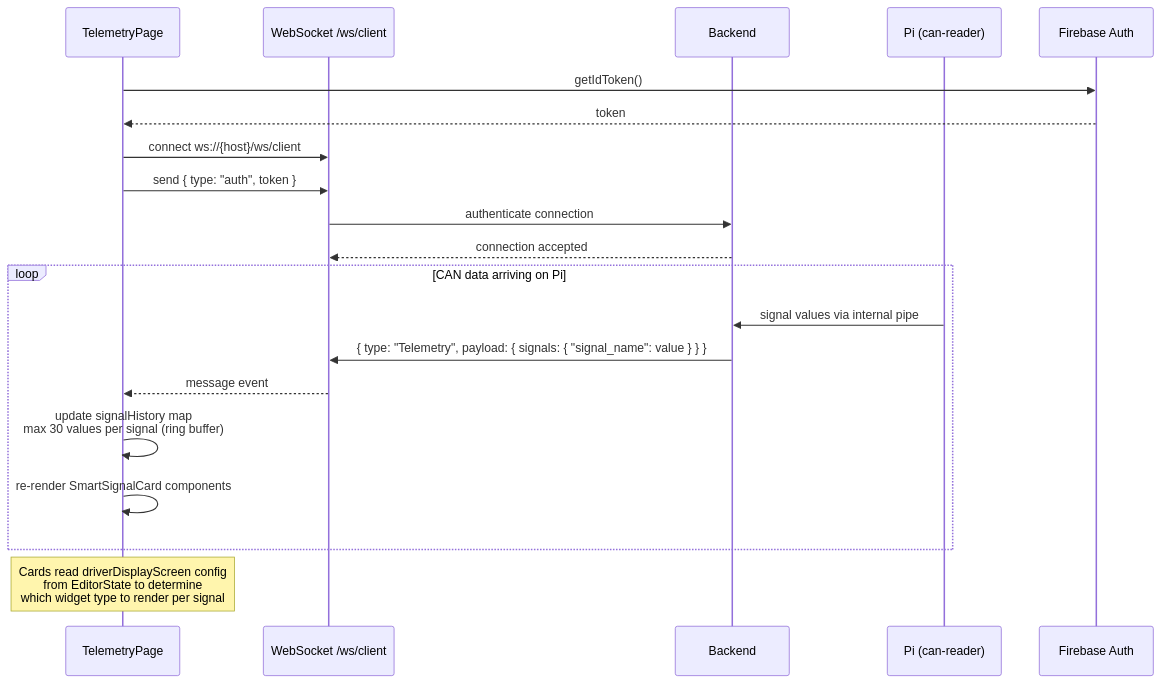
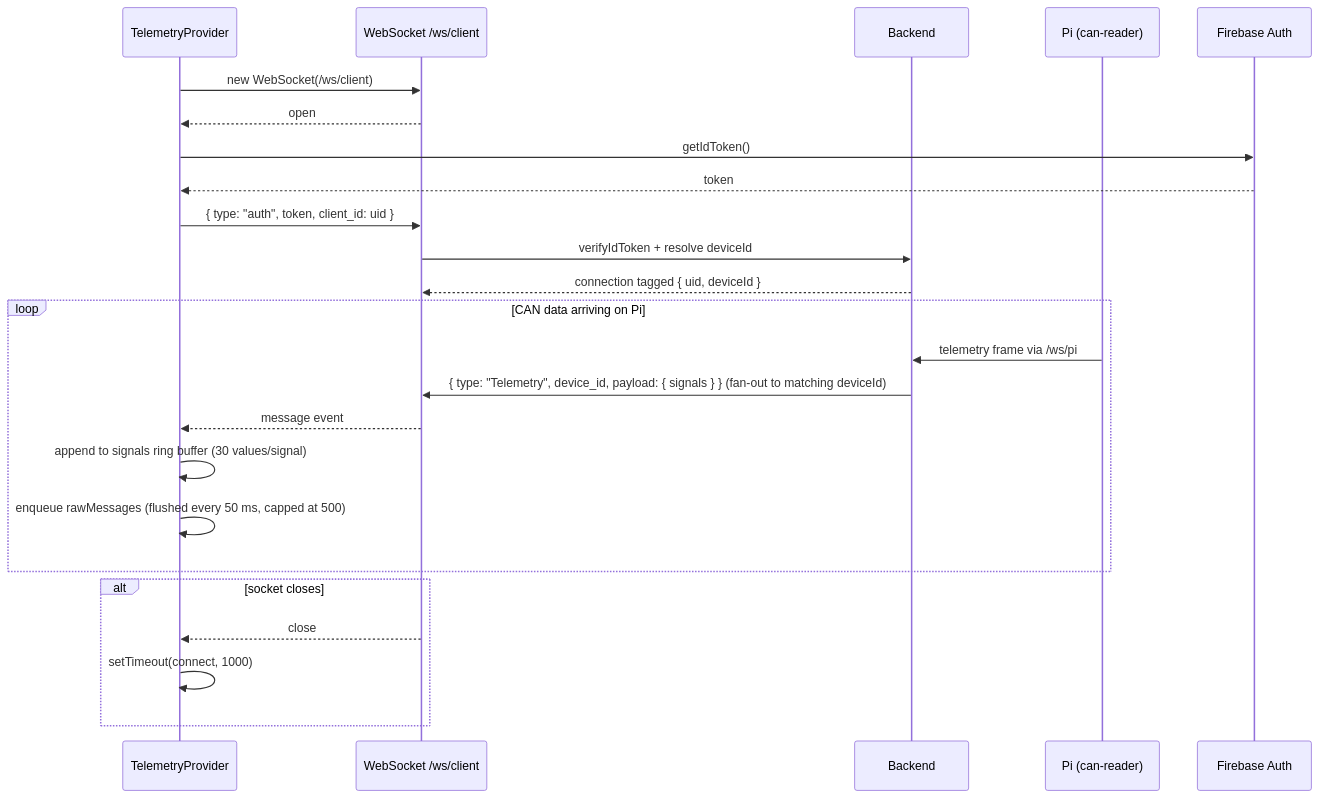
One commit to evilspoon13/track-web changed the fifth of 11 diagrams in documentation/data-flows.md. Above: the diagram before and after it, drawn with Mermaid. The commit also changed other lines of this file and 36 other files, not shown here.

````diff
--- a/documentation/data-flows.md
+++ b/documentation/data-flows.md
@@ -116,25 +138,29 @@
 ```mermaid
 sequenceDiagram
-    participant TP as TelemetryPage
+    participant TP as TelemetryProvider
     participant WS as WebSocket /ws/client
     participant BE as Backend
     participant PI as Pi (can-reader)
     participant FB as Firebase Auth
 
+    TP->>WS: new WebSocket(/ws/client)
+    WS-->>TP: open
     TP->>FB: getIdToken()
     FB-->>TP: token
-    TP->>WS: connect ws://{host}/ws/client
-    TP->>WS: send { type: "auth", token }
-    WS->>BE: authenticate connection
-    BE-->>WS: connection accepted
+    TP->>WS: { type: "auth", token, client_id: uid }
+    WS->>BE: verifyIdToken + resolve deviceId
+    BE-->>WS: connection tagged { uid, deviceId }
 
     loop CAN data arriving on Pi
-        PI->>BE: signal values via internal pipe
-        BE->>WS: { type: "Telemetry", payload: { signals: { "signal_name": value } } }
+        PI->>BE: telemetry frame via /ws/pi
+        BE->>WS: { type: "Telemetry", device_id, payload: { signals } } (fan-out to matching deviceId)
         WS-->>TP: message event
-        TP->>TP: update signalHistory map<br/>max 30 values per signal (ring buffer)
-        TP->>TP: re-render SmartSignalCard components
+        TP->>TP: append to signals ring buffer (30 values/signal)
+        TP->>TP: enqueue rawMessages (flushed every 50 ms, capped at 500)
     end
 
-    Note over TP: Cards read driverDisplayScreen config<br/>from EditorState to determine<br/>which widget type to render per signal
+    alt socket closes
+        WS-->>TP: close
+        TP->>TP: setTimeout(connect, 1000)
+    end
 ```
````
